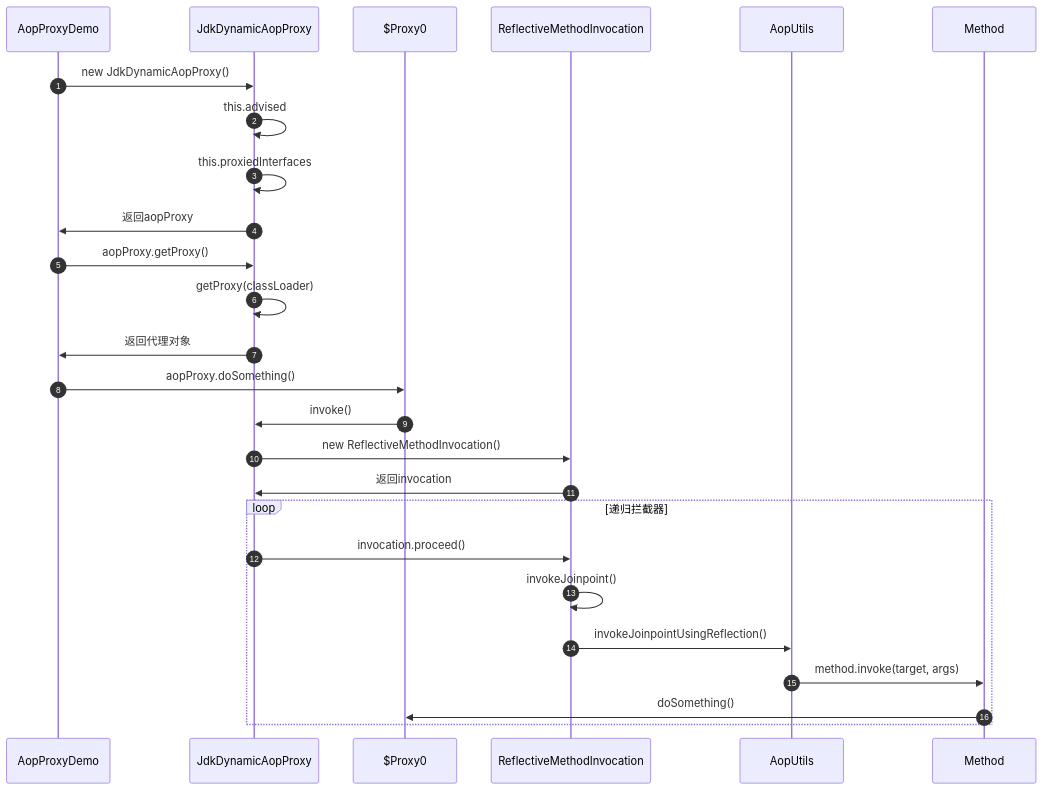
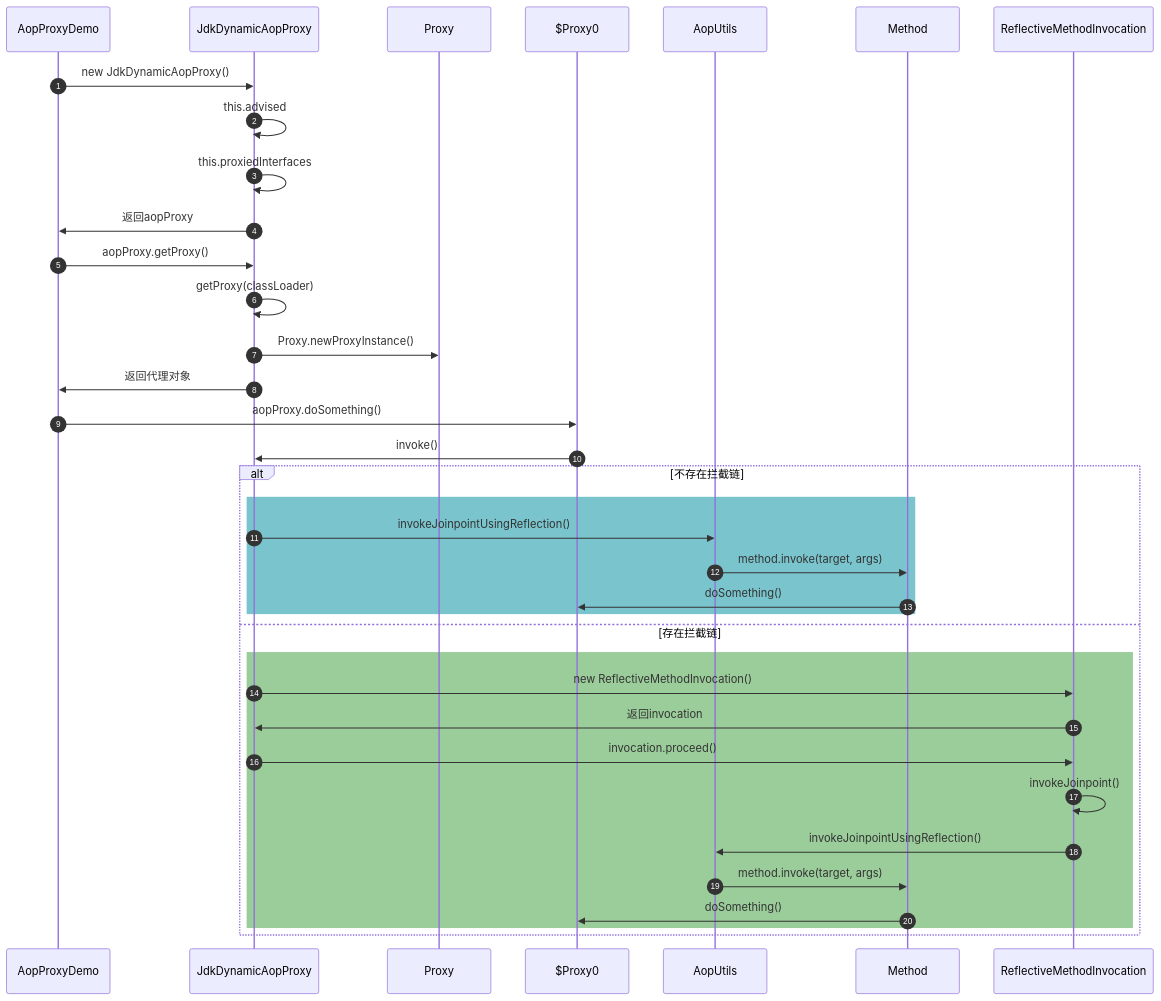
One commit to xuchengsheng/spring-reading changed the first of 2 diagrams in spring-aop/spring-aop-aopProxy/README.md. Above: the diagram before and after it, drawn with Mermaid. The commit also changed other lines of this file, not shown here.

Commit message:
AopProxy源码分析

```diff
--- a/spring-aop/spring-aop-aopProxy/README.md
+++ b/spring-aop/spring-aop-aopProxy/README.md
@@ -205,23 +205,32 @@
 ~~~mermaid
 sequenceDiagram
 autonumber
 AopProxyDemo->>JdkDynamicAopProxy:new JdkDynamicAopProxy()
 JdkDynamicAopProxy->>JdkDynamicAopProxy:this.advised
 JdkDynamicAopProxy->>JdkDynamicAopProxy:this.proxiedInterfaces
 JdkDynamicAopProxy->>AopProxyDemo:返回aopProxy
 AopProxyDemo->>JdkDynamicAopProxy:aopProxy.getProxy()
 JdkDynamicAopProxy->>JdkDynamicAopProxy:getProxy(classLoader)
+JdkDynamicAopProxy->>Proxy:Proxy.newProxyInstance()
 JdkDynamicAopProxy->>AopProxyDemo:返回代理对象
 AopProxyDemo->>$Proxy0:aopProxy.doSomething()
 $Proxy0->>JdkDynamicAopProxy:invoke()
-JdkDynamicAopProxy->>ReflectiveMethodInvocation:new ReflectiveMethodInvocation()
-ReflectiveMethodInvocation->>JdkDynamicAopProxy:返回invocation
-loop 递归拦截器
-    JdkDynamicAopProxy->>ReflectiveMethodInvocation:invocation.proceed()
-    ReflectiveMethodInvocation->>ReflectiveMethodInvocation:invokeJoinpoint()
-    ReflectiveMethodInvocation->>AopUtils:invokeJoinpointUsingReflection()
-    AopUtils->>Method:method.invoke(target, args)
-    Method->>$Proxy0:doSomething()
+alt 不存在拦截链
+	rect rgb(122,197,205)
+		JdkDynamicAopProxy->>AopUtils: invokeJoinpointUsingReflection()
+		AopUtils->>Method:method.invoke(target, args)
+        Method->>$Proxy0:doSomething()
+	end
+else 存在拦截链
+	rect rgb(155,205,155)
+		JdkDynamicAopProxy->>ReflectiveMethodInvocation:new ReflectiveMethodInvocation()
+		ReflectiveMethodInvocation->>JdkDynamicAopProxy:返回invocation
+		JdkDynamicAopProxy->>ReflectiveMethodInvocation:invocation.proceed()
+        ReflectiveMethodInvocation->>ReflectiveMethodInvocation:invokeJoinpoint()
+        ReflectiveMethodInvocation->>AopUtils:invokeJoinpointUsingReflection()
+        AopUtils->>Method:method.invoke(target, args)
+        Method->>$Proxy0:doSomething()
+    end
 end
 
 ~~~
```
